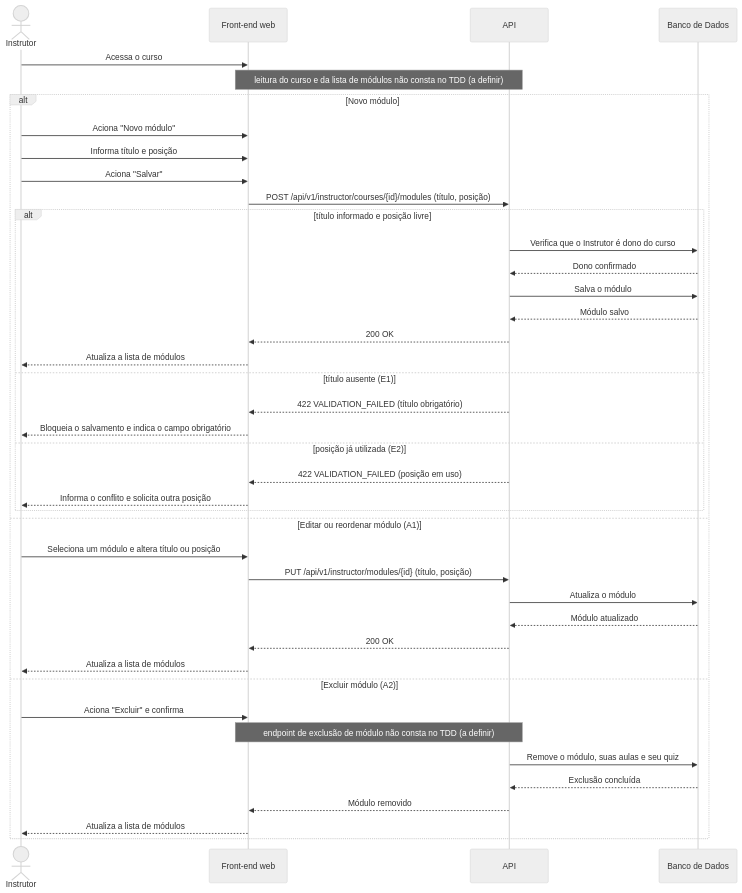
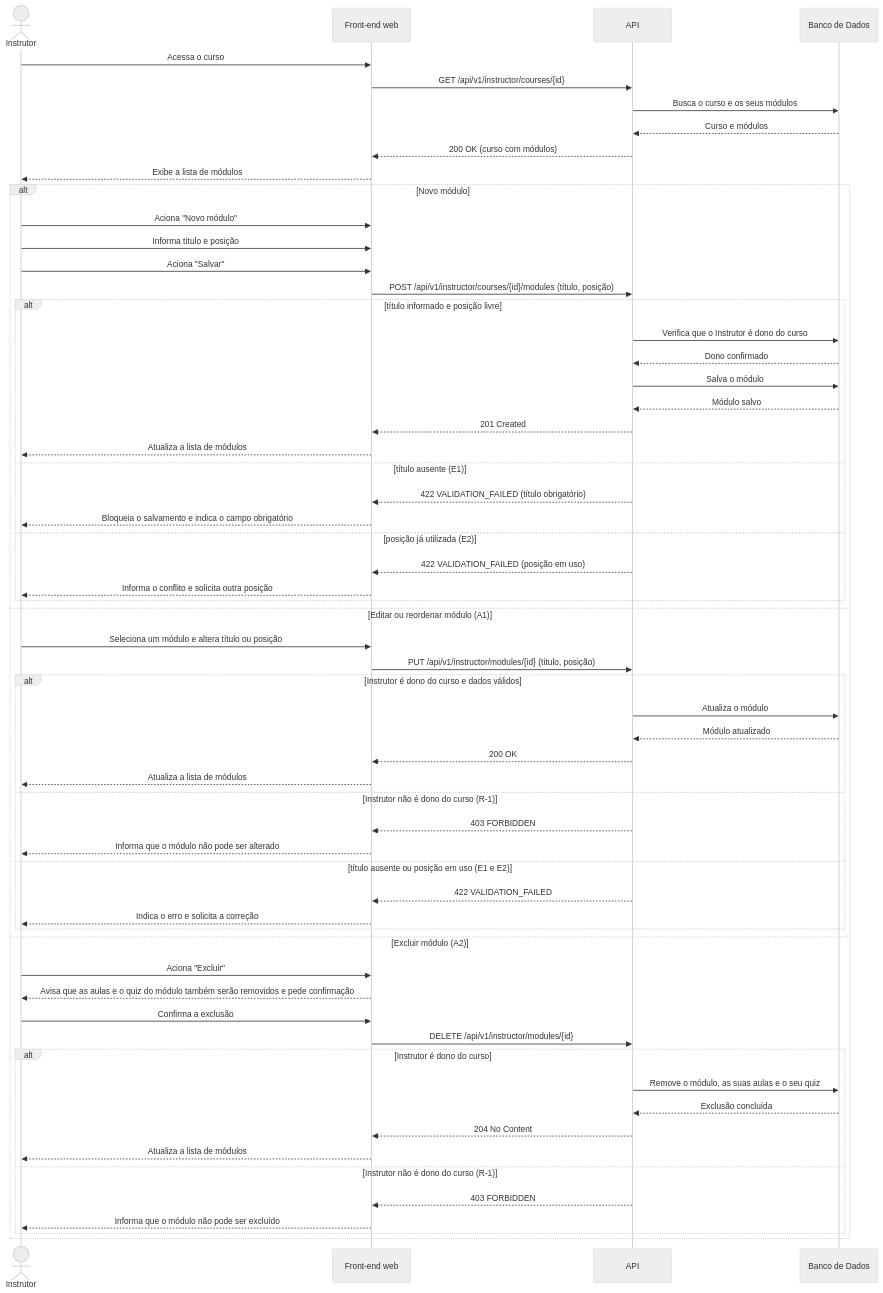
Before and after one commit to Plataforma-de-Cursos-TCC/plataforma-cursos-docs: the diagram in docs/ssd/UC014-gerenciar-modulos-do-curso.md, drawn with Mermaid (neutral theme). The commit also changed other lines of this file and 17 other files, not shown here.

````diff
--- a/docs/ssd/UC014-gerenciar-modulos-do-curso.md
+++ b/docs/ssd/UC014-gerenciar-modulos-do-curso.md
@@ -5,44 +5,63 @@
 ```mermaid
 sequenceDiagram
     actor Instrutor
     participant FE as Front-end web
     participant API
     participant DB as Banco de Dados
 
     Instrutor->>FE: Acessa o curso
-    Note over FE,API: leitura do curso e da lista de módulos não consta no TDD (a definir)
+    FE->>API: GET /api/v1/instructor/courses/{id}
+    API->>DB: Busca o curso e os seus módulos
+    DB-->>API: Curso e módulos
+    API-->>FE: 200 OK (curso com módulos)
+    FE-->>Instrutor: Exibe a lista de módulos
     alt Novo módulo
         Instrutor->>FE: Aciona "Novo módulo"
         Instrutor->>FE: Informa título e posição
         Instrutor->>FE: Aciona "Salvar"
         FE->>API: POST /api/v1/instructor/courses/{id}/modules (título, posição)
         alt título informado e posição livre
             API->>DB: Verifica que o Instrutor é dono do curso
             DB-->>API: Dono confirmado
             API->>DB: Salva o módulo
             DB-->>API: Módulo salvo
-            API-->>FE: 200 OK
+            API-->>FE: 201 Created
             FE-->>Instrutor: Atualiza a lista de módulos
         else título ausente (E1)
             API-->>FE: 422 VALIDATION_FAILED (título obrigatório)
             FE-->>Instrutor: Bloqueia o salvamento e indica o campo obrigatório
         else posição já utilizada (E2)
             API-->>FE: 422 VALIDATION_FAILED (posição em uso)
             FE-->>Instrutor: Informa o conflito e solicita outra posição
         end
     else Editar ou reordenar módulo (A1)
         Instrutor->>FE: Seleciona um módulo e altera título ou posição
         FE->>API: PUT /api/v1/instructor/modules/{id} (título, posição)
-        API->>DB: Atualiza o módulo
-        DB-->>API: Módulo atualizado
-        API-->>FE: 200 OK
-        FE-->>Instrutor: Atualiza a lista de módulos
+        alt Instrutor é dono do curso e dados válidos
+            API->>DB: Atualiza o módulo
+            DB-->>API: Módulo atualizado
+            API-->>FE: 200 OK
+            FE-->>Instrutor: Atualiza a lista de módulos
+        else Instrutor não é dono do curso (R-1)
+            API-->>FE: 403 FORBIDDEN
+            FE-->>Instrutor: Informa que o módulo não pode ser alterado
+        else título ausente ou posição em uso (E1 e E2)
+            API-->>FE: 422 VALIDATION_FAILED
+            FE-->>Instrutor: Indica o erro e solicita a correção
+        end
     else Excluir módulo (A2)
-        Instrutor->>FE: Aciona "Excluir" e confirma
-        Note over FE,API: endpoint de exclusão de módulo não consta no TDD (a definir)
-        API->>DB: Remove o módulo, suas aulas e seu quiz
-        DB-->>API: Exclusão concluída
-        API-->>FE: Módulo removido
-        FE-->>Instrutor: Atualiza a lista de módulos
+        Instrutor->>FE: Aciona "Excluir"
+        FE-->>Instrutor: Avisa que as aulas e o quiz do módulo também serão removidos e pede confirmação
+        Instrutor->>FE: Confirma a exclusão
+        FE->>API: DELETE /api/v1/instructor/modules/{id}
+        alt Instrutor é dono do curso
+            API->>DB: Remove o módulo, as suas aulas e o seu quiz
+            DB-->>API: Exclusão concluída
+            API-->>FE: 204 No Content
+            FE-->>Instrutor: Atualiza a lista de módulos
+        else Instrutor não é dono do curso (R-1)
+            API-->>FE: 403 FORBIDDEN
+            FE-->>Instrutor: Informa que o módulo não pode ser excluído
+        end
     end
 ```
````
